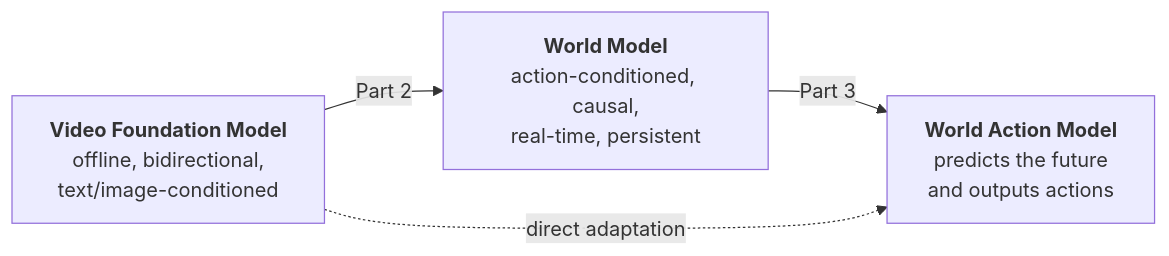
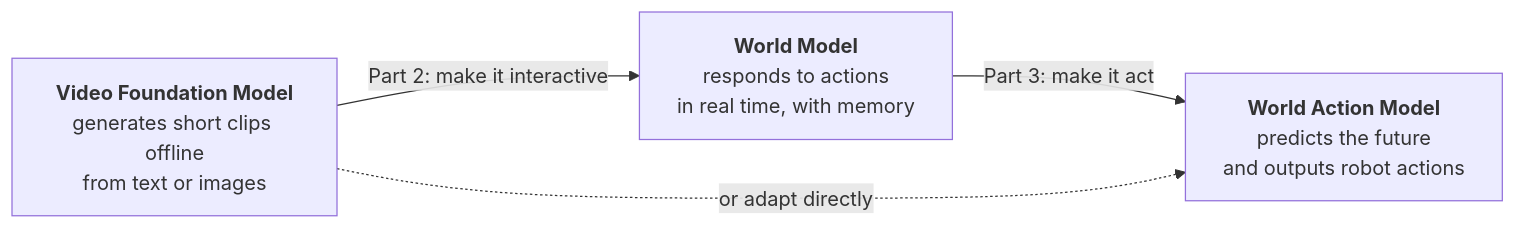
Before and after one commit to WANGAndyYucheng/Awesome-Video-to-World-Action-Models: the diagram in README.md, drawn with Mermaid. The commit also changed other lines of this file, not shown here.

Commit message:
Polish README layout: merged overview, clearer diagram, HTML tables

````diff
--- a/README.md
+++ b/README.md
@@ -17,9 +15,9 @@
 ```mermaid
 flowchart LR
-    VFM["<b>Video Foundation Model</b><br/>offline, bidirectional,<br/>text/image-conditioned"]
-    WM["<b>World Model</b><br/>action-conditioned, causal,<br/>real-time, persistent"]
-    WAM["<b>World Action Model</b><br/>predicts the future<br/>and outputs actions"]
-    VFM -->|"Part 2"| WM
-    WM -->|"Part 3"| WAM
-    VFM -.->|"direct adaptation"| WAM
+    VFM["<b>Video Foundation Model</b><br/>generates short clips offline<br/>from text or images"]
+    WM["<b>World Model</b><br/>responds to actions<br/>in real time, with memory"]
+    WAM["<b>World Action Model</b><br/>predicts the future<br/>and outputs robot actions"]
+    VFM -->|"Part 2: make it interactive"| WM
+    WM -->|"Part 3: make it act"| WAM
+    VFM -.->|"or adapt directly"| WAM
 ```
````
